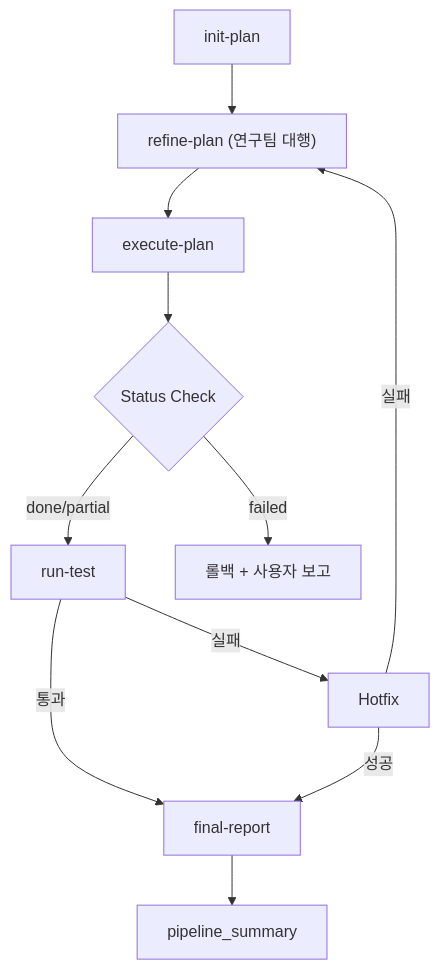
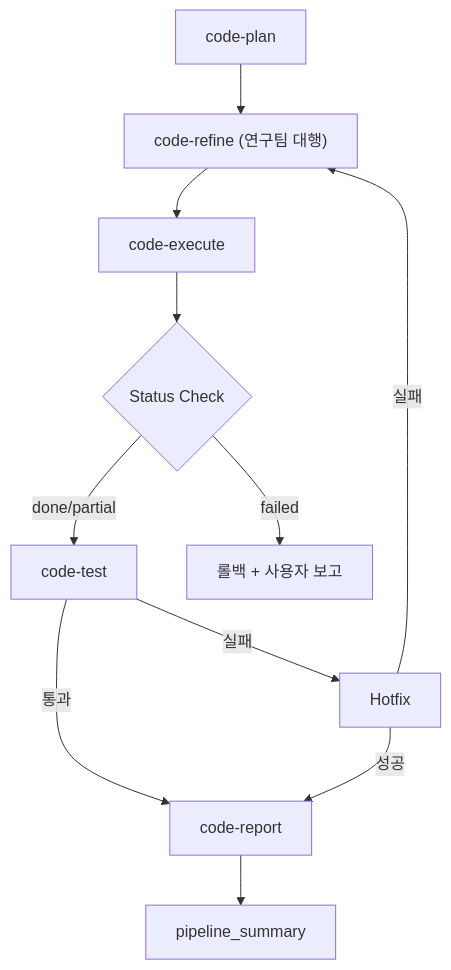
One commit to dmlguq456/agent_setting changed the first of 2 diagrams in skills/autopilot-code/README.md. Above: the diagram before and after it, drawn with Mermaid. The commit also changed other lines of this file and 94 other files, not shown here.

````diff
--- a/skills/autopilot-code/README.md
+++ b/skills/autopilot-code/README.md
@@ -14,13 +14,13 @@
 ```mermaid
 flowchart TD
-    B["init-plan"] --> C["refine-plan (연구팀 대행)"]
-    C --> D["execute-plan"]
+    B["code-plan"] --> C["code-refine (연구팀 대행)"]
+    C --> D["code-execute"]
     D --> SC{"Status Check"}
-    SC -->|done/partial| E["run-test"]
+    SC -->|done/partial| E["code-test"]
     SC -->|failed| STOP["롤백 + 사용자 보고"]
-    E -->|통과| F["final-report"]
+    E -->|통과| F["code-report"]
     E -->|실패| G["Hotfix"]
     G -->|성공| F
     G -->|실패| C
     F --> I["pipeline_summary"]
 ```
````
